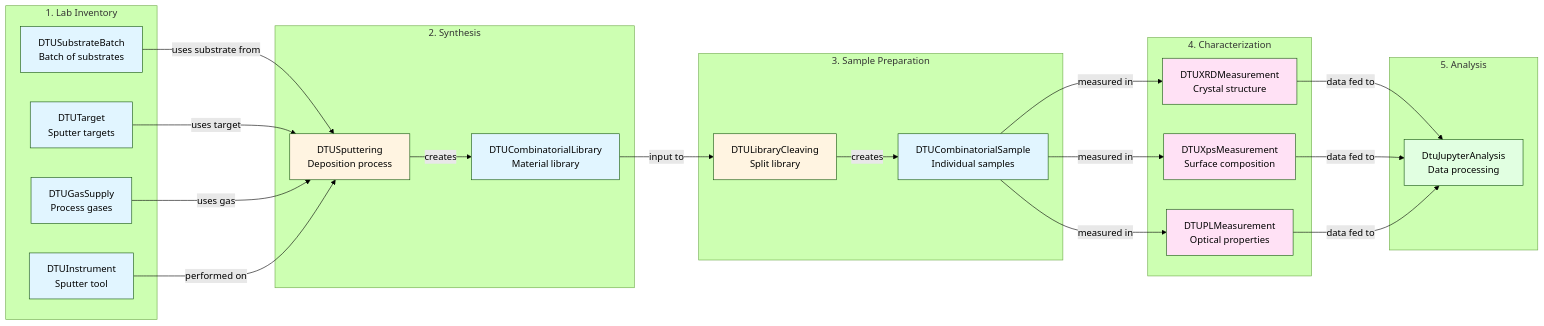
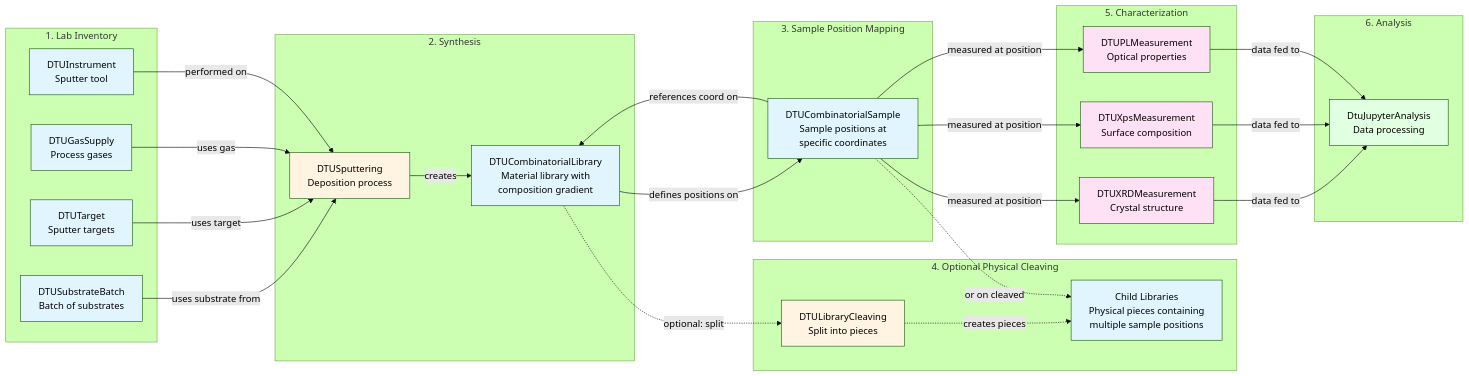
One commit to DTU-Nanolab-materials-discovery/nomad-dtu-nanolab-plugin changed the second of 2 diagrams in docs/reference/index.md. Above: the diagram before and after it, drawn with Mermaid (forest theme). The commit also changed other lines of this file and 8 other files, not shown here.

````diff
--- a/docs/reference/index.md
+++ b/docs/reference/index.md
@@ -92,56 +92,64 @@
 ```mermaid
 graph LR
     subgraph "1. Lab Inventory"
         A[DTUSubstrateBatch<br/>Batch of substrates]
         B[DTUTarget<br/>Sputter targets]
         C[DTUGasSupply<br/>Process gases]
         D[DTUInstrument<br/>Sputter tool]
     end
 
     subgraph "2. Synthesis"
         E[DTUSputtering<br/>Deposition process]
-        F[DTUCombinatorialLibrary<br/>Material library]
+        F[DTUCombinatorialLibrary<br/>Material library with<br/>composition gradient]
     end
 
-    subgraph "3. Sample Preparation"
-        G[DTULibraryCleaving<br/>Split library]
-        H[DTUCombinatorialSample<br/>Individual samples]
+    subgraph "3. Sample Position Mapping"
+        S[DTUCombinatorialSample<br/>Sample positions at<br/>specific coordinates]
     end
 
-    subgraph "4. Characterization"
+    subgraph "4. Optional Physical Cleaving"
+        G[DTULibraryCleaving<br/>Split into pieces]
+        H[Child Libraries<br/>Physical pieces containing<br/>multiple sample positions]
+    end
+
+    subgraph "5. Characterization"
         I[DTUXRDMeasurement<br/>Crystal structure]
         J[DTUXpsMeasurement<br/>Surface composition]
         K[DTUPLMeasurement<br/>Optical properties]
     end
 
-    subgraph "5. Analysis"
+    subgraph "6. Analysis"
         L[DtuJupyterAnalysis<br/>Data processing]
     end
 
     A -->|uses substrate from| E
     B -->|uses target| E
     C -->|uses gas| E
     D -->|performed on| E
     E -->|creates| F
-    F -->|input to| G
-    G -->|creates| H
-    H -->|measured in| I
-    H -->|measured in| J
-    H -->|measured in| K
+    F -->|defines positions on| S
+    F -.->|optional: split| G
+    G -.->|creates pieces| H
+    S -->|references coord on| F
+    S -.->|or on cleaved| H
+    S -->|measured at position| I
+    S -->|measured at position| J
+    S -->|measured at position| K
     I -->|data fed to| L
     J -->|data fed to| L
     K -->|data fed to| L
 
     style A fill:#e1f5ff
     style B fill:#e1f5ff
     style C fill:#e1f5ff
     style D fill:#e1f5ff
     style E fill:#fff4e1
     style F fill:#e1f5ff
+    style S fill:#e1f5ff
     style G fill:#fff4e1
     style H fill:#e1f5ff
     style I fill:#ffe1f5
     style J fill:#ffe1f5
     style K fill:#ffe1f5
     style L fill:#e1ffe1
 ```
````
